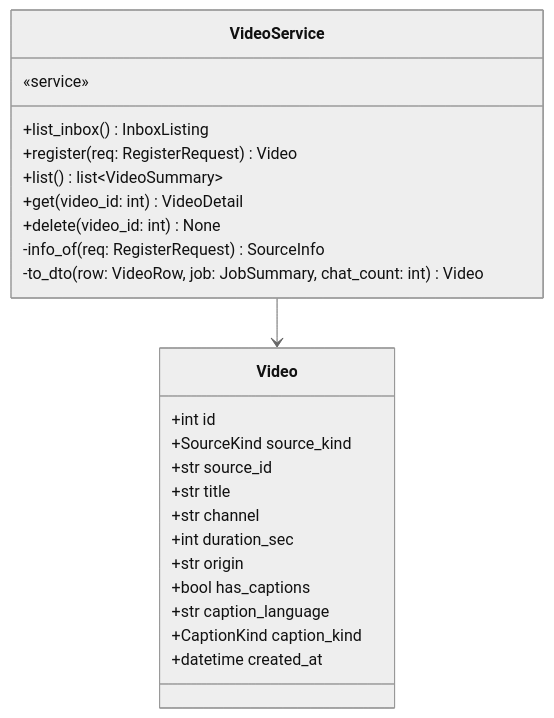
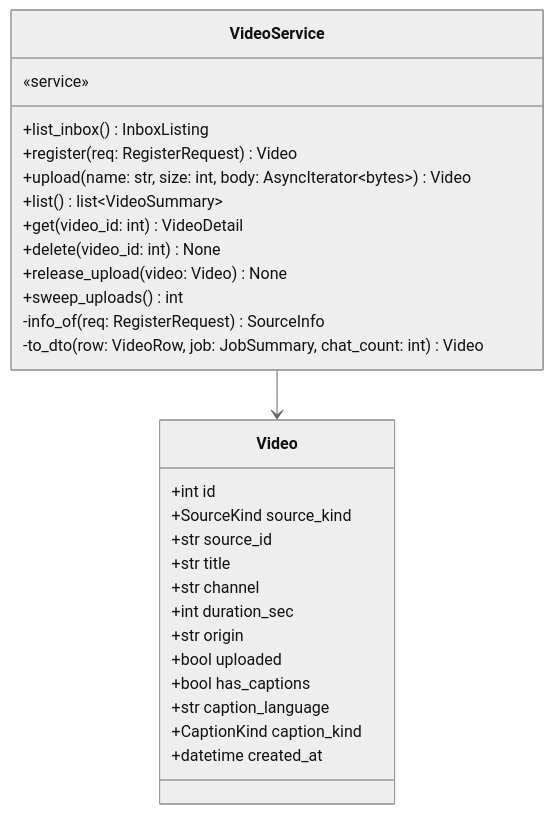
Before and after one commit to HoyoungParkme/video-agent: diagram 16 of 20 in docs/specs/06-DOM/VA-DOM-002.md, drawn with Mermaid (neutral theme). The commit also changed other lines of this file, not shown here.

````diff
--- a/docs/specs/06-DOM/VA-DOM-002.md
+++ b/docs/specs/06-DOM/VA-DOM-002.md
@@ -625,27 +725,31 @@
 ```mermaid
 classDiagram
     class VideoService {
         «service»
         +list_inbox() InboxListing
         +register(req: RegisterRequest) Video
+        +upload(name: str, size: int, body: AsyncIterator~bytes~) Video
         +list() list~VideoSummary~
         +get(video_id: int) VideoDetail
         +delete(video_id: int) None
+        +release_upload(video: Video) None
+        +sweep_uploads() int
         -info_of(req: RegisterRequest) SourceInfo
         -to_dto(row: VideoRow, job: JobSummary, chat_count: int) Video
     }
     class Video {
         +int id
         +SourceKind source_kind
         +str source_id
         +str title
         +str channel
         +int duration_sec
         +str origin
+        +bool uploaded
         +bool has_captions
         +str caption_language
         +CaptionKind caption_kind
         +datetime created_at
     }
     VideoService --> Video
 ```
````
